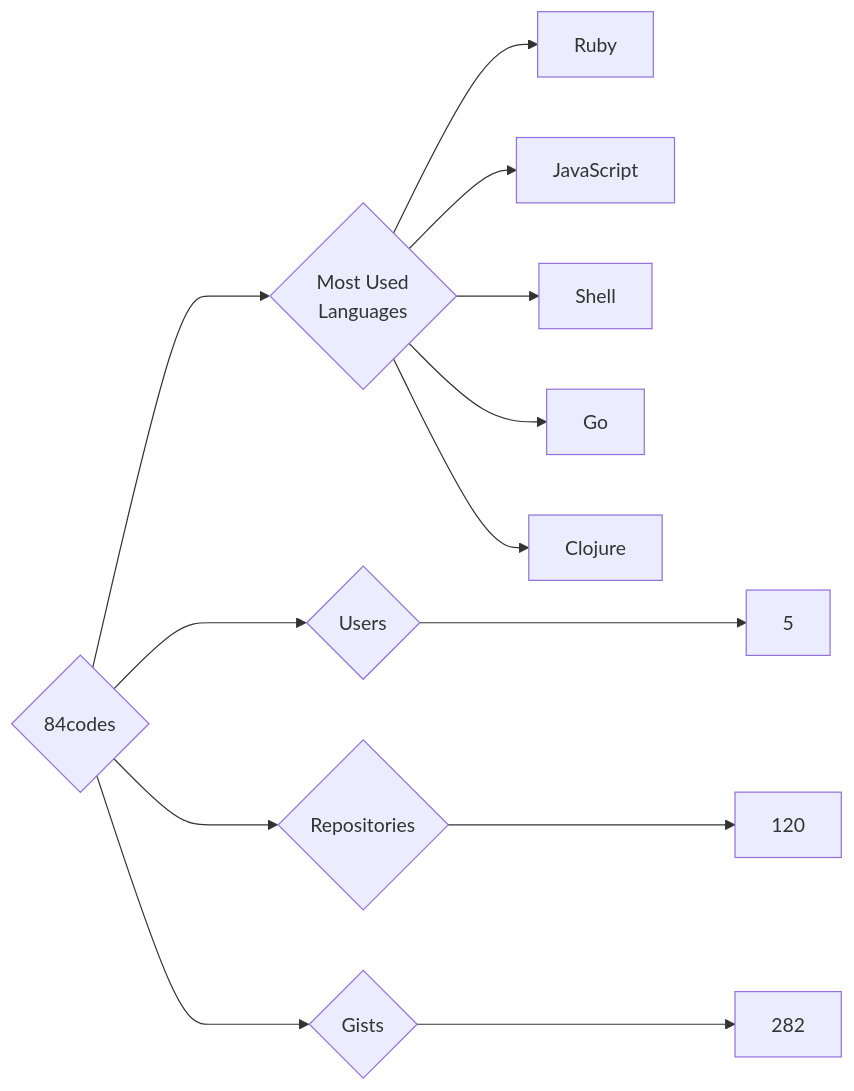
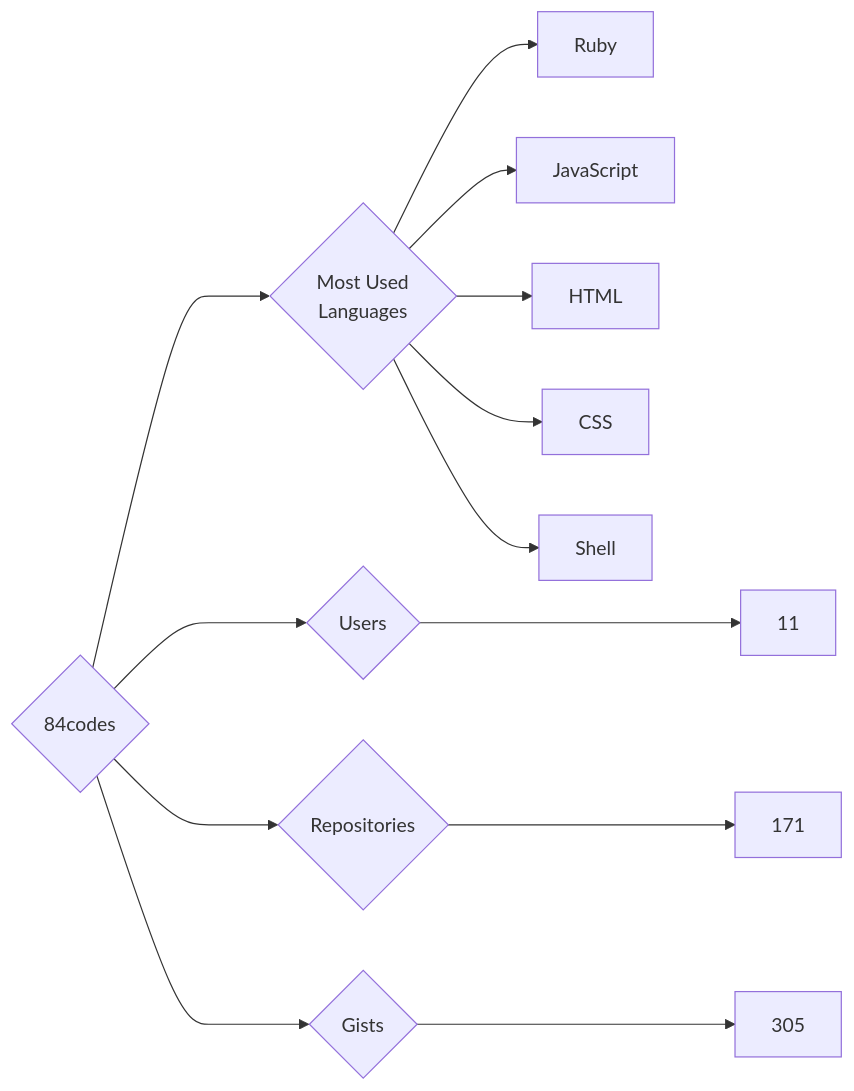
One commit to trickest/insiders changed the diagram in targets/84codes/README.md. Above: the diagram before and after it, drawn with Mermaid. The commit also changed 748 other files, not shown here.

````diff
--- a/targets/84codes/README.md
+++ b/targets/84codes/README.md
@@ -3,13 +3,13 @@
 ```mermaid
 graph LR
 COMPANY_NAME{84codes}
-COMPANY_NAME ---> U{Users} ---> UN[5]
-COMPANY_NAME ---> R{Repositories} ---> RN[120]
-COMPANY_NAME ---> G{Gists} ---> GN[282]
+COMPANY_NAME ---> U{Users} ---> UN[11]
+COMPANY_NAME ---> R{Repositories} ---> RN[171]
+COMPANY_NAME ---> G{Gists} ---> GN[305]
 COMPANY_NAME ---> ML{Most Used<br>Languages}
 ML --> Ruby[Ruby]
 ML --> JavaScript[JavaScript]
+ML --> HTML[HTML]
+ML --> CSS[CSS]
 ML --> Shell[Shell]
-ML --> Go[Go]
-ML --> Clojure[Clojure]
 ```
````
